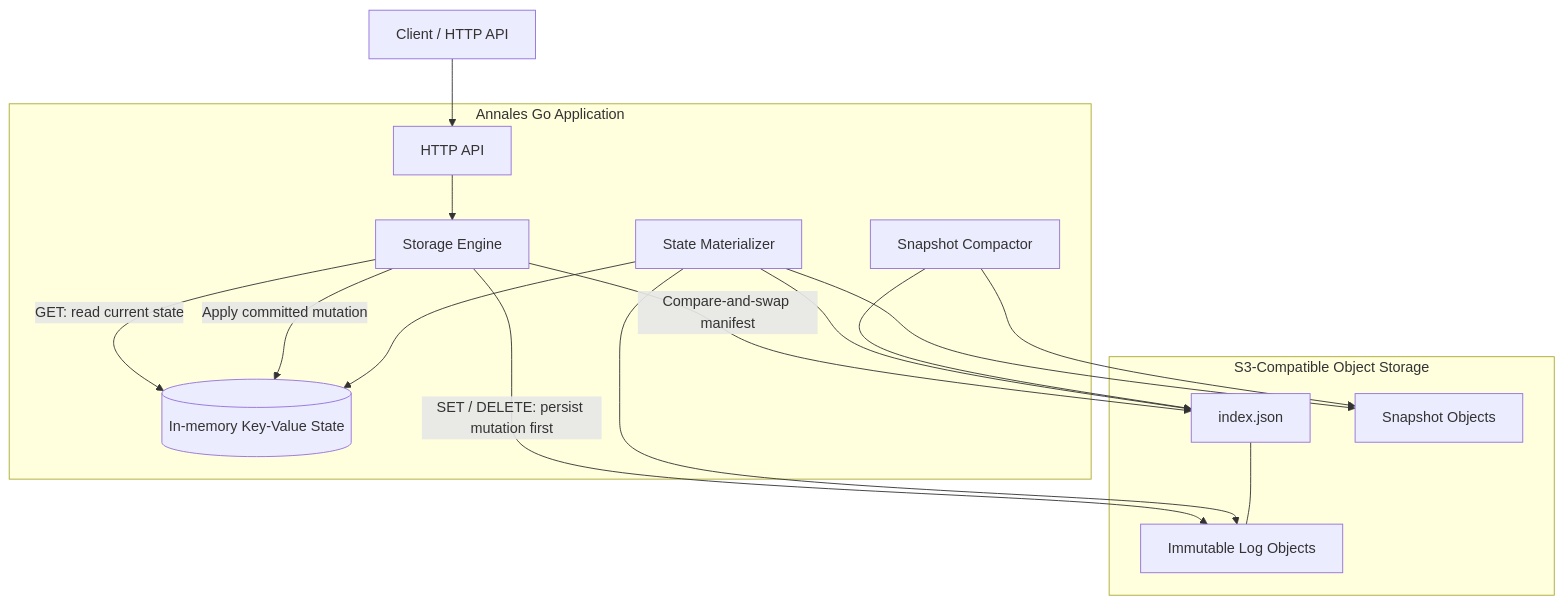
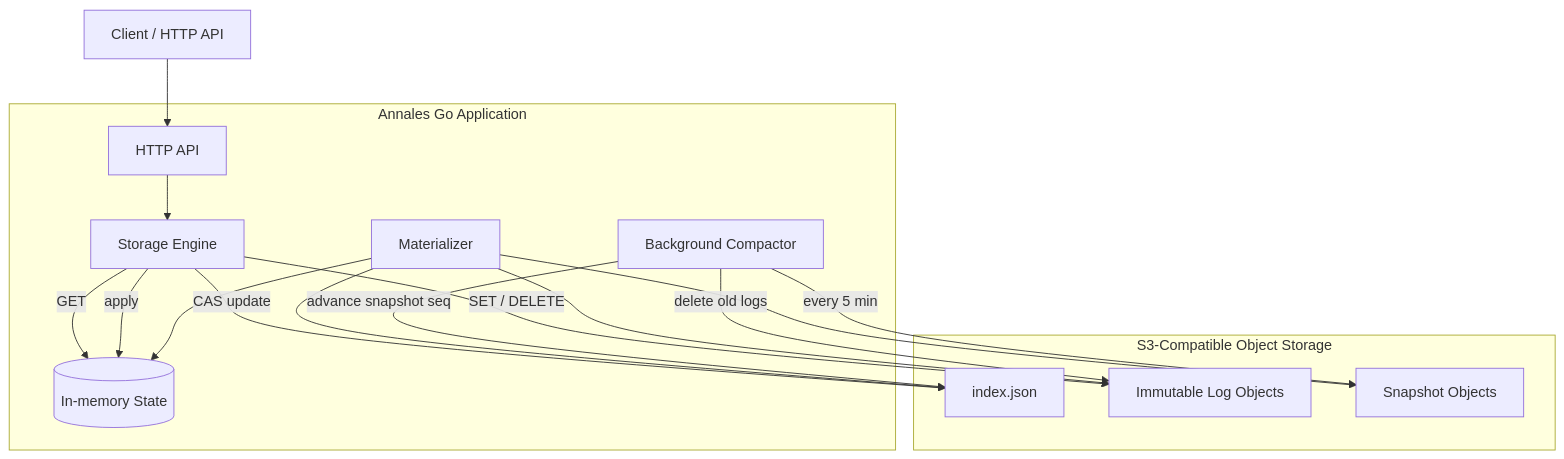
Before and after one commit to drona-gyawali/Annales: the diagram in README.md, drawn with Mermaid. The commit also changed other lines of this file and 12 other files, not shown here.

````diff
--- a/README.md
+++ b/README.md
@@ -41,36 +23,32 @@
 ```mermaid
 flowchart TD
     Client[Client / HTTP API]
 
     subgraph App["Annales Go Application"]
         API[HTTP API]
         Engine[Storage Engine]
-        RAM[(In-memory Key-Value State)]
-        Materializer[State Materializer]
-        Compactor[Snapshot Compactor]
+        RAM[(In-memory State)]
+        Materializer[Materializer]
+        BGCompactor[Background Compactor]
     end
 
     subgraph Storage["S3-Compatible Object Storage"]
         Manifest[index.json]
         Logs[Immutable Log Objects]
         Snapshots[Snapshot Objects]
     end
 
     Client --> API
     API --> Engine
-
-    Engine -->|GET: read current state| RAM
-    Engine -->|SET / DELETE: persist mutation first| Logs
-    Engine -->|Compare-and-swap manifest| Manifest
-    Engine -->|Apply committed mutation| RAM
-
+    Engine -->|GET| RAM
+    Engine -->|SET / DELETE| Logs
+    Engine -->|CAS update| Manifest
+    Engine -->|apply| RAM
     Materializer --> Manifest
     Materializer --> Logs
     Materializer --> Snapshots
     Materializer --> RAM
-
-    Compactor --> Snapshots
-    Compactor --> Manifest
-
-    Manifest --- Logs
+    BGCompactor -->|every 5 min| Snapshots
+    BGCompactor -->|delete old logs| Logs
+    BGCompactor -->|advance snapshot seq| Manifest
 ```
````
